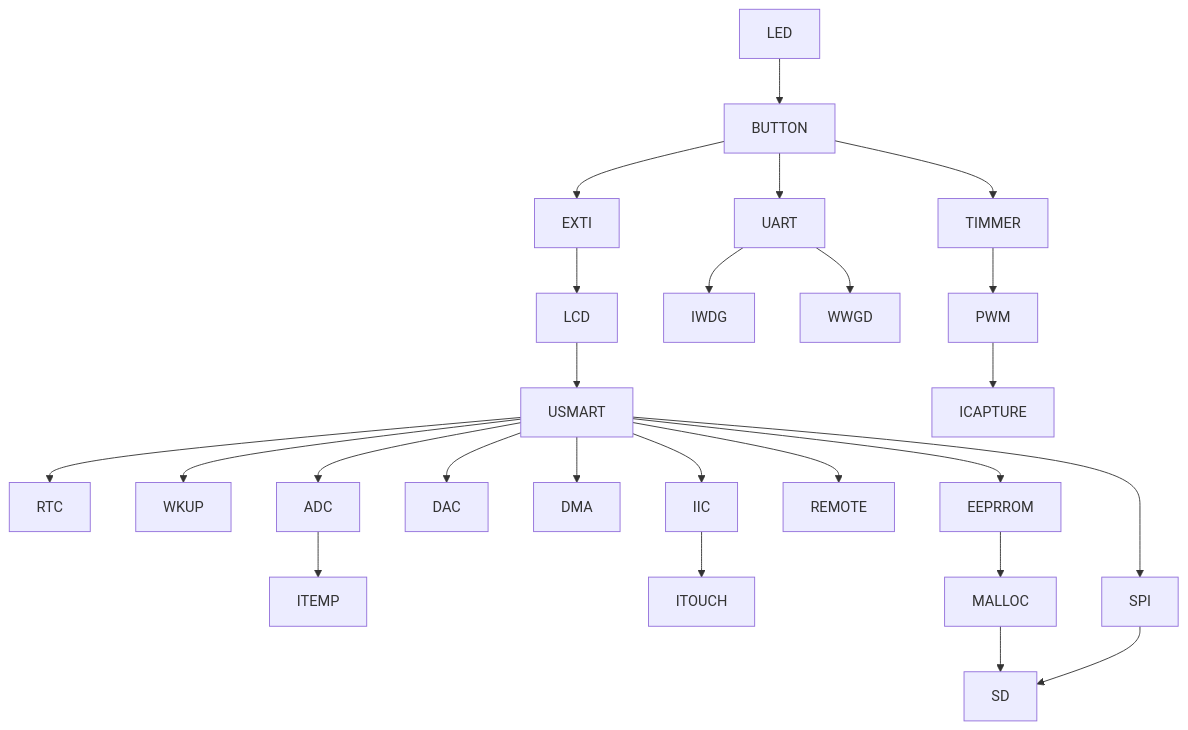
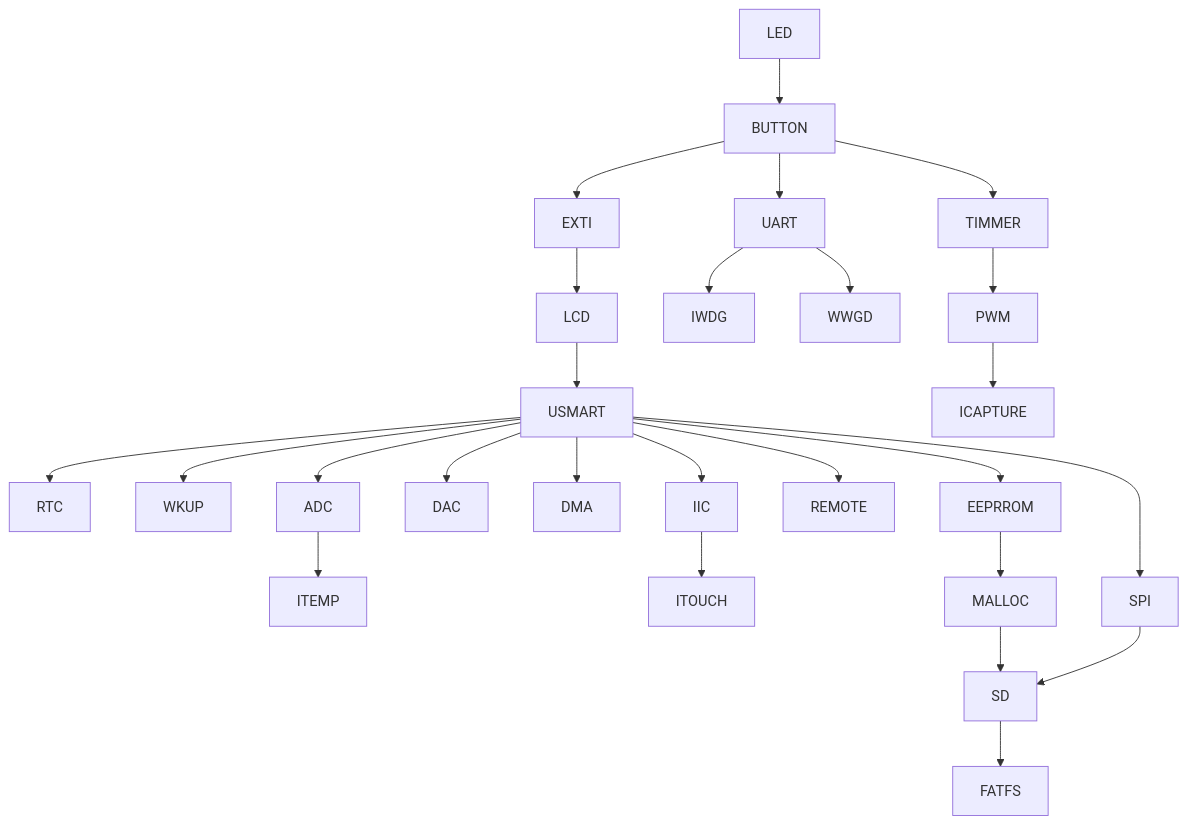
Before and after one commit to Wingplane/MiniSTM_STM32CubeMX: the diagram in README.md, drawn with Mermaid.

````diff
--- a/README.md
+++ b/README.md
@@ -9,41 +9,42 @@
 ```mermaid
 graph TD;
 M01[LED]-->M02[BUTTON]-->M03[UART];
 M02-->M04[EXTI]-->M11[LCD]-->M12[USMART]-->M13[RTC];
 M03-->M05[IWDG];
 M03-->M06[WWGD];
 M02-->M07[TIMMER]-->M08[PWM]-->M09[ICAPTURE];
 M12-->M14[WKUP];
 M12-->M15[ADC]-->M16[ITEMP];
 M12-->M17[DAC];
 M12-->M18[DMA];
 M12-->M19[IIC]-->M21[ITOUCH];
 M12-->M20[SPI];
 M12-->M22[REMOTE];
 M12-->M26[EEPRROM]-->M27[MALLOC]-->M28[SD];
-M20-->M28;
+M20-->M28-->M29[FATFS];
 click M01 "https://github.com/Wingplane/MiniSTM_STM32CubeMX/tree/main/M01LED" "LED"
 click M02 "https://github.com/Wingplane/MiniSTM_STM32CubeMX/tree/main/M02BUTTON"
 click M03 "https://github.com/Wingplane/MiniSTM_STM32CubeMX/tree/main/M03UART"
 click M04 "https://github.com/Wingplane/MiniSTM_STM32CubeMX/tree/main/M04EXTI"
 click M05 "https://github.com/Wingplane/MiniSTM_STM32CubeMX/tree/main/M05IWDG"
 click M06 "https://github.com/Wingplane/MiniSTM_STM32CubeMX/tree/main/M06WWDG"
 click M07 "https://github.com/Wingplane/MiniSTM_STM32CubeMX/tree/main/M07TIMER"
 click M08 "https://github.com/Wingplane/MiniSTM_STM32CubeMX/tree/main/M08PWM"
 click M09 "https://github.com/Wingplane/MiniSTM_STM32CubeMX/tree/main/M09ICAPTURE"
 click M11 "https://github.com/Wingplane/MiniSTM_STM32CubeMX/tree/main/M11LCD"
 click M12 "https://github.com/Wingplane/MiniSTM_STM32CubeMX/tree/main/M12USMART"
 click M13 "https://github.com/Wingplane/MiniSTM_STM32CubeMX/tree/main/M13RTC"
 click M14 "https://github.com/Wingplane/MiniSTM_STM32CubeMX/tree/main/M14WKUP"
 click M15 "https://github.com/Wingplane/MiniSTM_STM32CubeMX/tree/main/M15ADC"
 click M16 "https://github.com/Wingplane/MiniSTM_STM32CubeMX/tree/main/M16ITEMP"
 click M17 "https://github.com/Wingplane/MiniSTM_STM32CubeMX/tree/main/M17DAC"
 click M18 "https://github.com/Wingplane/MiniSTM_STM32CubeMX/tree/main/M18DMA"
 click M19 "https://github.com/Wingplane/MiniSTM_STM32CubeMX/tree/main/M19IIC"
 click M20 "https://github.com/Wingplane/MiniSTM_STM32CubeMX/tree/main/M20SPI"
 click M21 "https://github.com/Wingplane/MiniSTM_STM32CubeMX/tree/main/M21TOUCH"
 click M22 "https://github.com/Wingplane/MiniSTM_STM32CubeMX/tree/main/M22REMOTE"
 click M26 "https://github.com/Wingplane/MiniSTM_STM32CubeMX/tree/main/M26EEPRROM"
 click M27 "https://github.com/Wingplane/MiniSTM_STM32CubeMX/tree/main/M27MALLOC"
 click M28 "https://github.com/Wingplane/MiniSTM_STM32CubeMX/tree/main/M28SD"
+click M29 "https://github.com/Wingplane/MiniSTM_STM32CubeMX/tree/main/M29FATFS"
 ```
````
